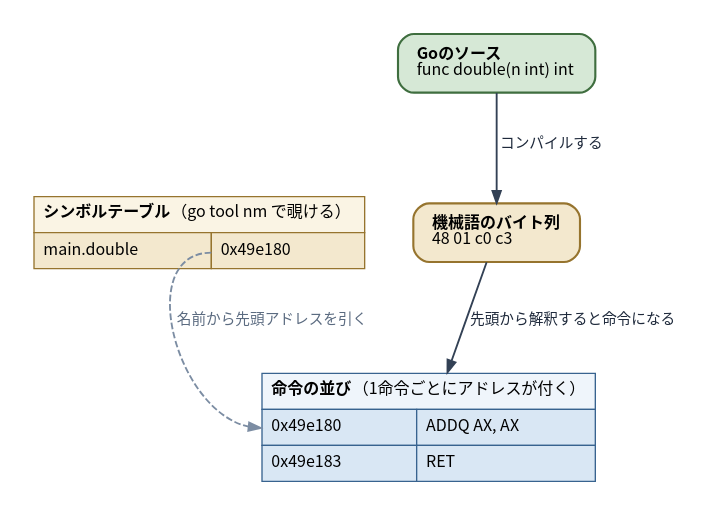
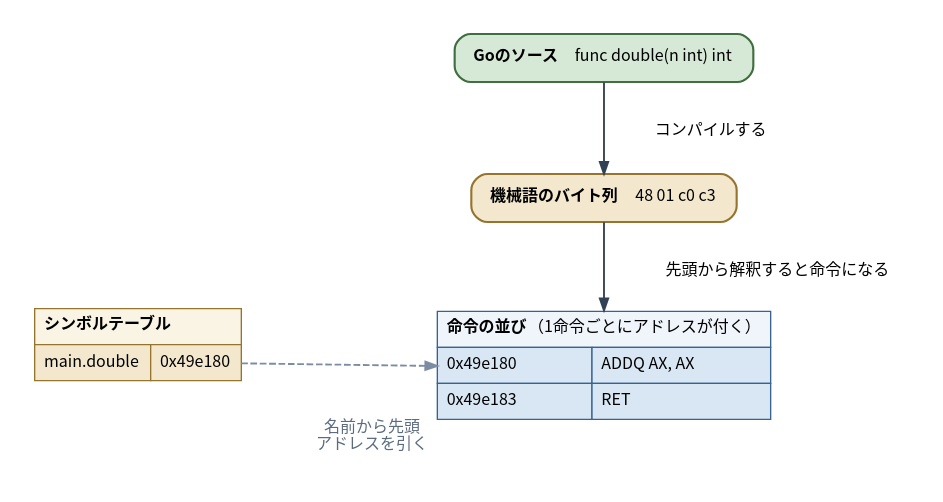
One commit to ymotongpoo/zenn.dev changed the diagram in diagrams/go-ebpf-primer/20260820-source-to-machine.dot. Above: the diagram before and after it, drawn with Graphviz. The commit also changed 98 other files, not shown here.

First line of the commit message:
図版の線を水平垂直の直線に統一し、角の隙間を埋める後処理を追加した

```diff
--- a/diagrams/go-ebpf-primer/20260820-source-to-machine.dot
+++ b/diagrams/go-ebpf-primer/20260820-source-to-machine.dot
@@ -1,47 +1,46 @@
 // ソースから機械語へ、そしてシンボル
 digraph source_to_machine {
   graph [
+    layout=neato, inputscale=72, splines=line,
     fontname="Harano Aji Gothic,Noto Sans CJK JP,IPAGothic", fontsize=13,
-    rankdir=TB, compound=true, splines=true,
-    nodesep=0.5, ranksep=0.7, pad=0.25,
-    bgcolor="white", newrank=true
+    bgcolor="white", pad=0.25
   ];
   node [
     fontname="Harano Aji Gothic,Noto Sans CJK JP,IPAGothic", fontsize=12,
     shape=box, style="rounded,filled",
     fillcolor="#F1F5F9", color="#475569", penwidth=1.6,
     margin="0.2,0.14"
   ];
   edge [
     fontname="Harano Aji Gothic,Noto Sans CJK JP,IPAGothic", fontsize=11,
     color="#334155", penwidth=1.4, arrowsize=0.9,
     fontcolor="#1E293B"
   ];
-  ranksep=0.9;
 
-  src [label=<<b>Goのソース</b><br align="left"/>func double(n int) int<br align="left"/>>,
-       fillcolor="#D6E8D6", color="#3F6E3F"];
+  src [pos="480,560!", label=<<b>Goのソース</b>　func double(n int) int>, fillcolor="#D6E8D6", color="#3F6E3F"];
+  L0 [pos="560,505!", shape=plaintext, style="", label="コンパイルする"];
+  bytes [pos="480,455!", label=<<b>機械語のバイト列</b>　48 01 c0 c3>, fillcolor="#F3E8CE", color="#96742E"];
+  L1 [pos="610,400!", shape=plaintext, style="", label="先頭から解釈すると命令になる"];
 
-  bytes [label=<<b>機械語のバイト列</b><br align="left"/>48 01 c0 c3<br align="left"/>>,
-         fillcolor="#F3E8CE", color="#96742E"];
-
-  insns [shape=plain, style="", label=<
+  insns [pos="480,330!", shape=plain, style="", label=<
     <table border="0" cellborder="1" cellspacing="0" cellpadding="6" color="#38638F">
       <tr><td colspan="2" align="left" bgcolor="#EFF5FB"><b>命令の並び</b>（1命令ごとにアドレスが付く）</td></tr>
       <tr><td port="head" align="left" bgcolor="#D9E7F4">0x49e180</td>
           <td align="left" bgcolor="#D9E7F4">ADDQ AX, AX</td></tr>
       <tr><td align="left" bgcolor="#D9E7F4">0x49e183</td>
           <td align="left" bgcolor="#D9E7F4">RET</td></tr>
     </table>>];
 
-  symtab [shape=plain, style="", label=<
+  symtab [pos="130,345!", shape=plain, style="", label=<
     <table border="0" cellborder="1" cellspacing="0" cellpadding="6" color="#96742E">
-      <tr><td colspan="2" align="left" bgcolor="#FAF4E4"><b>シンボルテーブル</b>（go tool nm で覗ける）</td></tr>
+      <tr><td colspan="2" align="left" bgcolor="#FAF4E4"><b>シンボルテーブル</b></td></tr>
       <tr><td align="left" bgcolor="#F3E8CE">main.double</td>
           <td port="addr" align="left" bgcolor="#F3E8CE">0x49e180</td></tr>
     </table>>];
 
-  src -> bytes [label=" コンパイルする"];
-  bytes -> insns [label=" 先頭から解釈すると命令になる"];
-  symtab:addr:w -> insns:head:w [label=" 名前から先頭アドレスを引く", style=dashed, color="#7C8DA3", fontcolor="#5B6B80"];
+  L2 [pos="306,276!", shape=plaintext, style="", label="名前から先頭\nアドレスを引く", fontcolor="#5B6B80"];
+
+  src -> bytes;
+  bytes -> insns;
+  symtab:addr:e -> insns:head:w [style=dashed, color="#7C8DA3"];
 }
```
